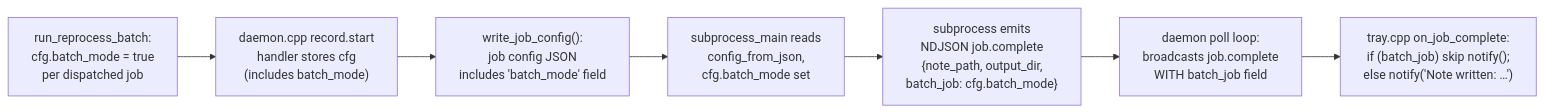
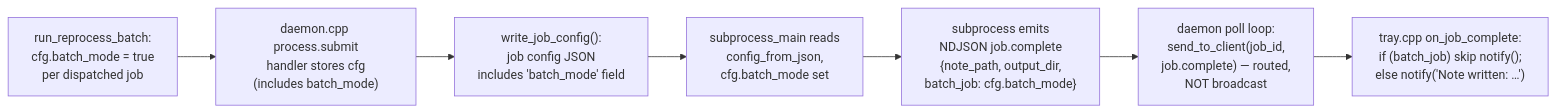
Before and after one commit to suykerbuyk/recmeet: diagram 28 of 33 in docs/COMPONENT-DIAGRAMS.md, drawn with Mermaid. The commit also changed other lines of this file and 19 other files, not shown here.

````diff
--- a/docs/COMPONENT-DIAGRAMS.md
+++ b/docs/COMPONENT-DIAGRAMS.md
@@ -1251,12 +1448,12 @@
 ```mermaid
 flowchart LR
     BATCH_DRIVER["run_reprocess_batch:<br/>cfg.batch_mode = true<br/>per dispatched job"]
-    DAEMON["daemon.cpp record.start<br/>handler stores cfg<br/>(includes batch_mode)"]
+    DAEMON["daemon.cpp process.submit<br/>handler stores cfg<br/>(includes batch_mode)"]
     JSON["write_job_config():<br/>job config JSON<br/>includes 'batch_mode' field"]
     SUBPROC["subprocess_main reads<br/>config_from_json,<br/>cfg.batch_mode set"]
     JOB_COMPLETE["subprocess emits<br/>NDJSON job.complete<br/>{note_path, output_dir,<br/> batch_job: cfg.batch_mode}"]
-    DAEMON_BC["daemon poll loop:<br/>broadcasts job.complete<br/>WITH batch_job field"]
+    DAEMON_BC["daemon poll loop:<br/>send_to_client(job_id,<br/>job.complete) — routed,<br/>NOT broadcast"]
     TRAY["tray.cpp on_job_complete:<br/>if (batch_job) skip notify();<br/>else notify('Note written: …')"]
 
     BATCH_DRIVER --> DAEMON --> JSON --> SUBPROC --> JOB_COMPLETE --> DAEMON_BC --> TRAY
 ```
````
